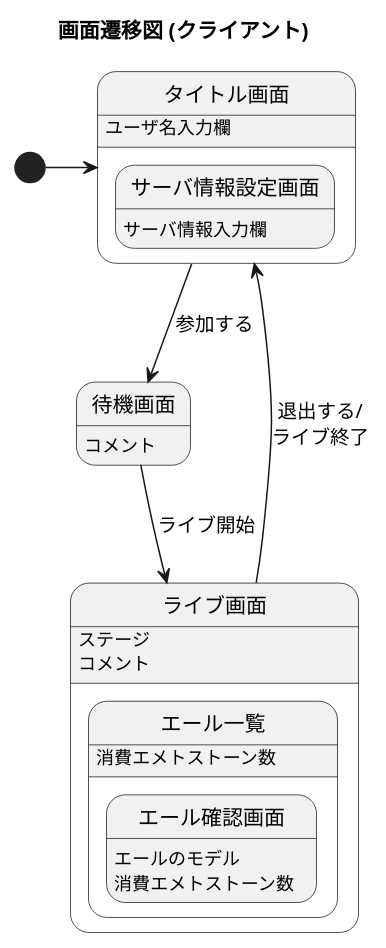
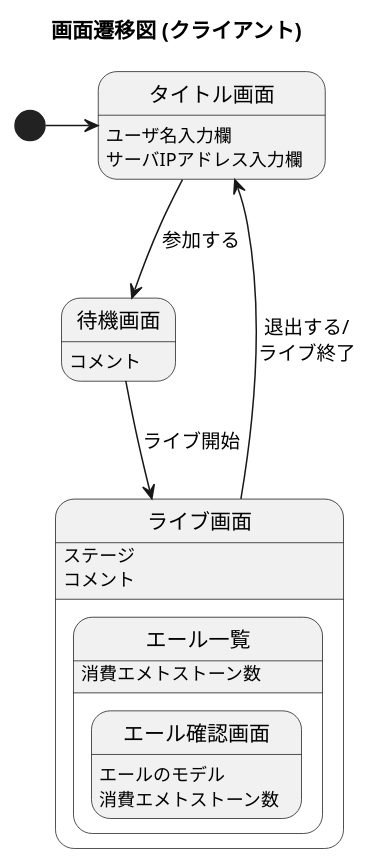
One commit to potetiniku/aster-connect changed the diagram in documents/diagrams/screenTransition.pu. Above: the diagram before and after it, drawn with PlantUML. The commit also changed 4 other files, not shown here.

```diff
--- a/documents/diagrams/screenTransition.pu
+++ b/documents/diagrams/screenTransition.pu
@@ -1,28 +1,25 @@
 @startuml screenTransition
 title 画面遷移図 (クライアント)
 hide empty description
 
 state タイトル画面 : ユーザ名入力欄
-state タイトル画面 {
-	state サーバ情報設定画面 : サーバ情報入力欄
-}
-
+state タイトル画面 : サーバIPアドレス入力欄
 state 待機画面 : コメント
 
 state ライブ画面 : ステージ
 state ライブ画面 : コメント
 state ライブ画面 {
 	state エール一覧 : 消費エメトストーン数
 	state エール一覧 {
 		state エール確認画面 : エールのモデル
 		state エール確認画面 : 消費エメトストーン数
 		state エール確認画面
 	}
 }
 
 [*] -r-> タイトル画面
 ライブ画面 -u-> タイトル画面 : 退出する/\nライブ終了
 タイトル画面 --> 待機画面 : 参加する
 待機画面 --> ライブ画面 : ライブ開始
 
 @enduml
```
